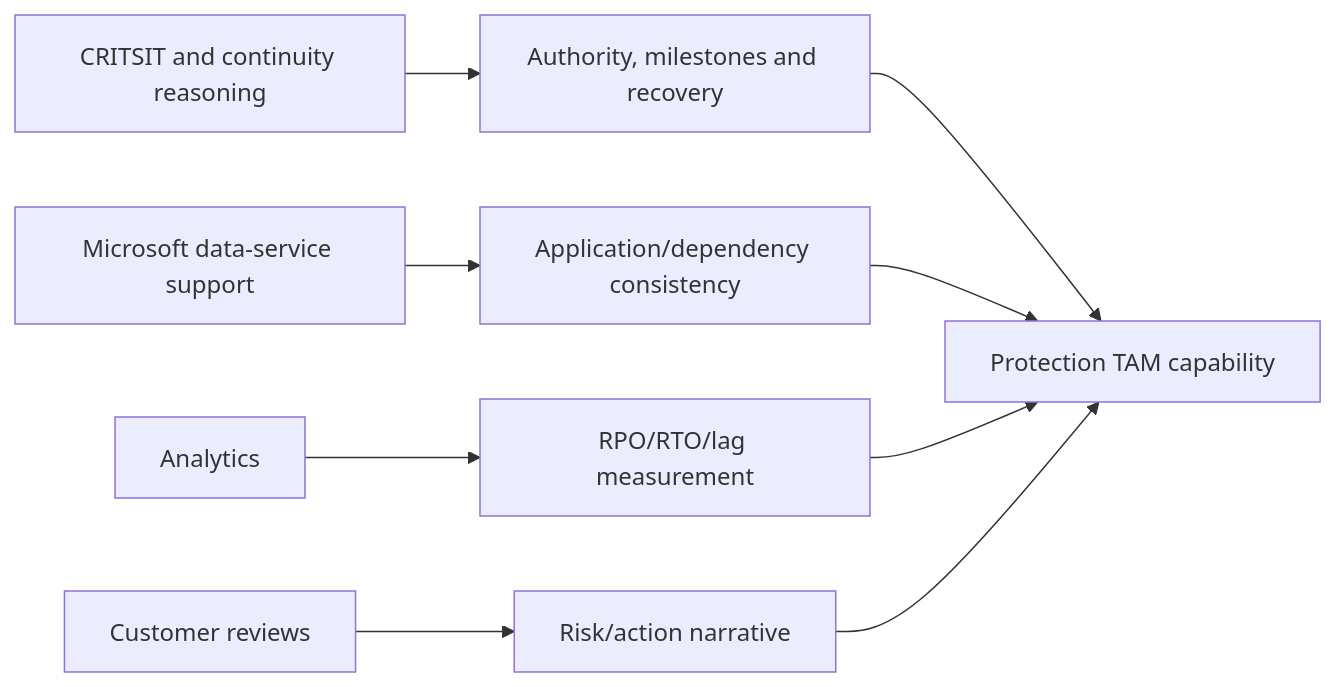
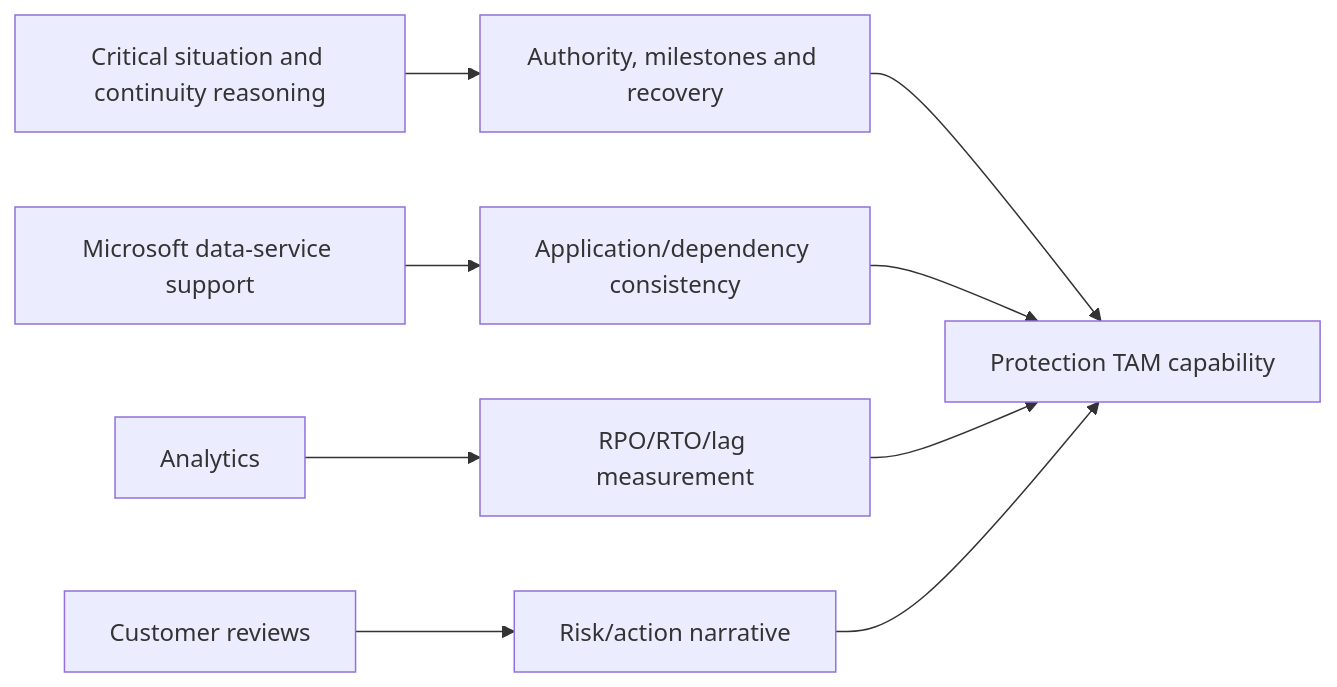
Before and after one commit to hichauhan-in/Interview-Prep: diagram 29 of 29 in NetApp TAM/prep/Part-86-lab-snapshot-snapmirror-dr.md, drawn with Mermaid. The commit also changed other lines of this file and 493 other files, not shown here.

````diff
--- a/NetApp TAM/prep/Part-86-lab-snapshot-snapmirror-dr.md
+++ b/NetApp TAM/prep/Part-86-lab-snapshot-snapmirror-dr.md
@@ -494,11 +494,11 @@
 ```mermaid
 flowchart LR
-    CRIT[CRITSIT and continuity reasoning] --> AUTH[Authority, milestones and recovery]
+    CRIT[Critical situation and continuity reasoning] --> AUTH[Authority, milestones and recovery]
     DATA[Microsoft data-service support] --> CONS[Application/dependency consistency]
     ANALYTICS[Analytics] --> METRIC[RPO/RTO/lag measurement]
     REVIEW[Customer reviews] --> PLAN[Risk/action narrative]
     AUTH --> TAM[Protection TAM capability]
     CONS --> TAM
     METRIC --> TAM
     PLAN --> TAM
 ```
````
